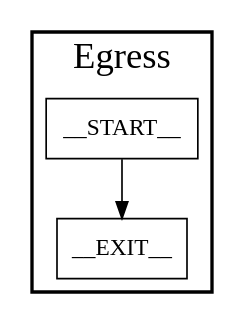
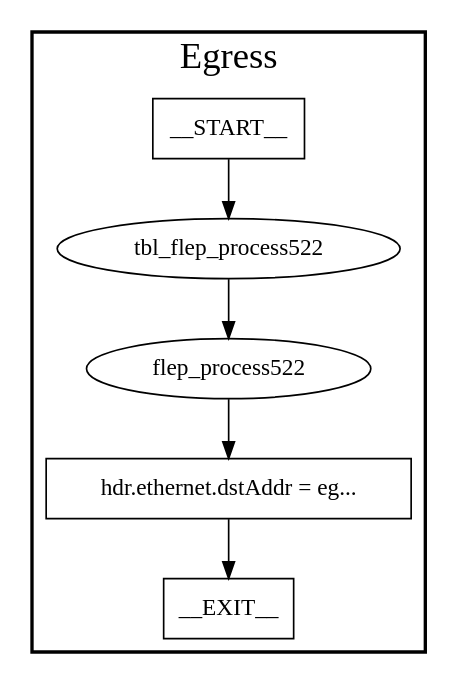
Before and after one commit to YingshengGeng/Flep: the diagram in flep_process_with_topo/target/pipe/graphs/Egress.dot, drawn with Graphviz. The commit also changed 103 other files, not shown here.

```diff
--- a/flep_process_with_topo/target/pipe/graphs/Egress.dot
+++ b/flep_process_with_topo/target/pipe/graphs/Egress.dot
@@ -1,9 +1,15 @@
 digraph Egress {
 subgraph cluster {
 graph [
 fontsize="22pt", label=Egress, style=bold];
 0[label=__START__, margin="", shape=rectangle, style=solid];
 1[label=__EXIT__, margin="", shape=rectangle, style=solid];
-0 -> 1[label=""];
+2[label=tbl_flep_process522, margin="", shape=ellipse, style=solid];
+3[label=flep_process522, margin="", shape=ellipse, style=solid];
+4[label="hdr.ethernet.dstAddr = eg...", margin="", shape=rectangle, style=solid];
+0 -> 2[label=""];
+2 -> 3[label=""];
+3 -> 4[label=""];
+4 -> 1[label=""];
 }
 }
```
